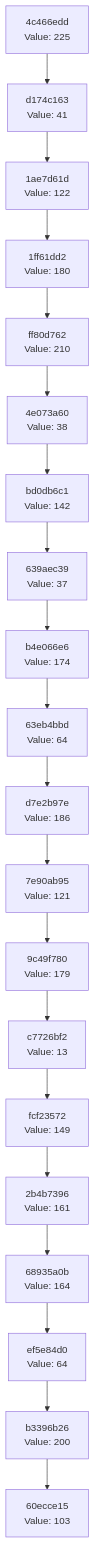
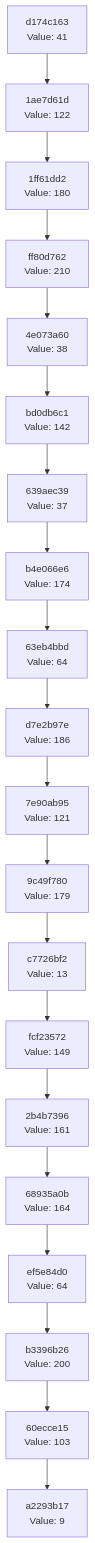
The diagram in docs/CHAIN_VISUALIZATION.md (Abhisheksinha1506/hash-chain-evolver), drawn with Mermaid before and after one commit. The commit also changed 2 other files, not shown here.

Commit message:
Evolution Step

````diff
--- a/docs/CHAIN_VISUALIZATION.md
+++ b/docs/CHAIN_VISUALIZATION.md
@@ -3,42 +3,42 @@
 ```mermaid
 graph TD
-    C0["60ecce15<br/>Value: 103"]
-    C1["b3396b26<br/>Value: 200"]
+    C0["a2293b17<br/>Value: 9"]
+    C1["60ecce15<br/>Value: 103"]
     C1 --> C0
-    C2["ef5e84d0<br/>Value: 64"]
+    C2["b3396b26<br/>Value: 200"]
     C2 --> C1
-    C3["68935a0b<br/>Value: 164"]
+    C3["ef5e84d0<br/>Value: 64"]
     C3 --> C2
-    C4["2b4b7396<br/>Value: 161"]
+    C4["68935a0b<br/>Value: 164"]
     C4 --> C3
-    C5["fcf23572<br/>Value: 149"]
+    C5["2b4b7396<br/>Value: 161"]
     C5 --> C4
-    C6["c7726bf2<br/>Value: 13"]
+    C6["fcf23572<br/>Value: 149"]
     C6 --> C5
-    C7["9c49f780<br/>Value: 179"]
+    C7["c7726bf2<br/>Value: 13"]
     C7 --> C6
-    C8["7e90ab95<br/>Value: 121"]
+    C8["9c49f780<br/>Value: 179"]
     C8 --> C7
-    C9["d7e2b97e<br/>Value: 186"]
+    C9["7e90ab95<br/>Value: 121"]
     C9 --> C8
-    C10["63eb4bbd<br/>Value: 64"]
+    C10["d7e2b97e<br/>Value: 186"]
     C10 --> C9
-    C11["b4e066e6<br/>Value: 174"]
+    C11["63eb4bbd<br/>Value: 64"]
     C11 --> C10
-    C12["639aec39<br/>Value: 37"]
+    C12["b4e066e6<br/>Value: 174"]
     C12 --> C11
-    C13["bd0db6c1<br/>Value: 142"]
+    C13["639aec39<br/>Value: 37"]
     C13 --> C12
-    C14["4e073a60<br/>Value: 38"]
+    C14["bd0db6c1<br/>Value: 142"]
     C14 --> C13
-    C15["ff80d762<br/>Value: 210"]
+    C15["4e073a60<br/>Value: 38"]
     C15 --> C14
-    C16["1ff61dd2<br/>Value: 180"]
+    C16["ff80d762<br/>Value: 210"]
     C16 --> C15
-    C17["1ae7d61d<br/>Value: 122"]
+    C17["1ff61dd2<br/>Value: 180"]
     C17 --> C16
-    C18["d174c163<br/>Value: 41"]
+    C18["1ae7d61d<br/>Value: 122"]
     C18 --> C17
-    C19["4c466edd<br/>Value: 225"]
+    C19["d174c163<br/>Value: 41"]
     C19 --> C18
 ```
````
